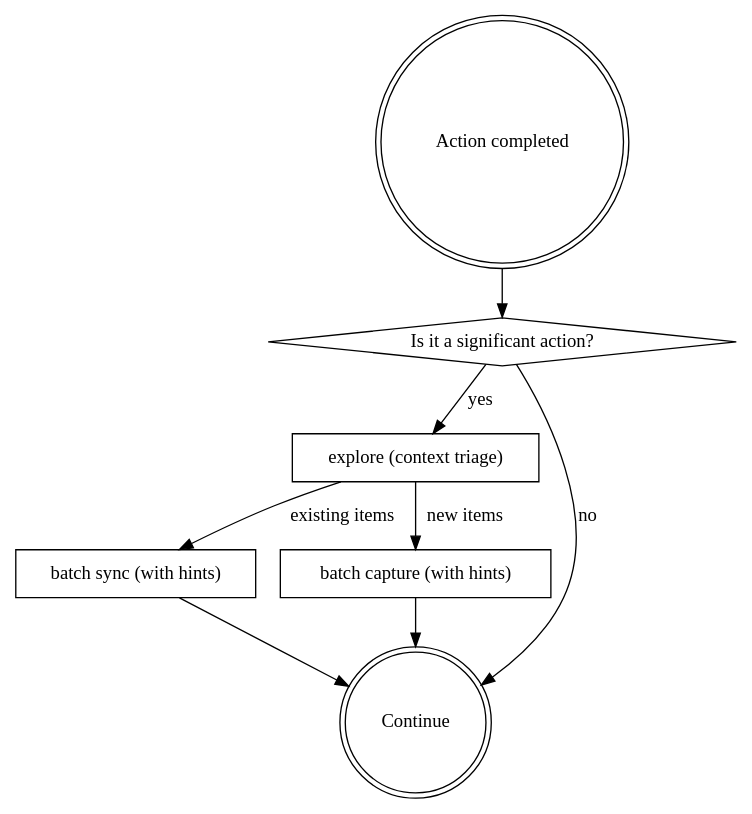
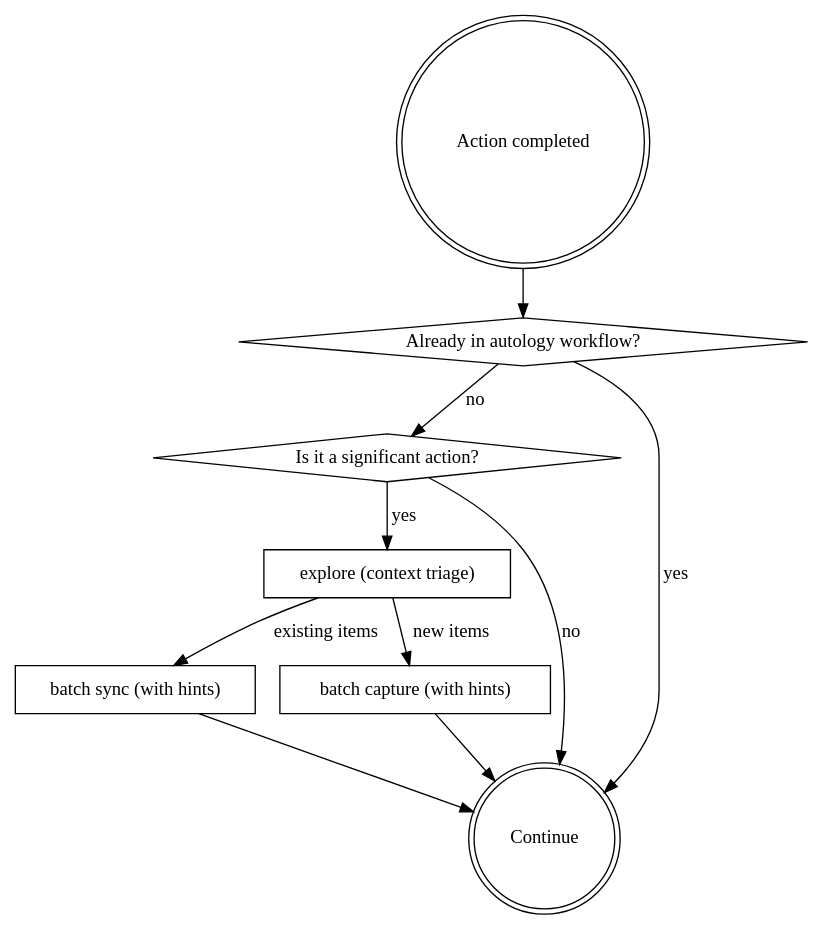
Before and after one commit to Curt-Park/autology: the diagram in skills/router/SKILL.md, drawn with Graphviz. The commit also changed other lines of this file, not shown here.

Commit message:
fix: add router reentry guard

````diff
--- a/skills/router/SKILL.md
+++ b/skills/router/SKILL.md
@@ -38,18 +42,21 @@
 ```dot
 digraph router {
   "Action completed" [shape=doublecircle];
+  "Already in autology workflow?" [shape=diamond];
   "Is it a significant action?" [shape=diamond];
   "explore (context triage)" [shape=box];
   "batch sync (with hints)" [shape=box];
   "batch capture (with hints)" [shape=box];
   "Continue" [shape=doublecircle];
 
-  "Action completed" -> "Is it a significant action?";
+  "Action completed" -> "Already in autology workflow?";
+  "Already in autology workflow?" -> "Continue" [label="yes"];
+  "Already in autology workflow?" -> "Is it a significant action?" [label="no"];
   "Is it a significant action?" -> "explore (context triage)" [label="yes"];
   "Is it a significant action?" -> "Continue" [label="no"];
   "explore (context triage)" -> "batch sync (with hints)" [label="existing items"];
   "explore (context triage)" -> "batch capture (with hints)" [label="new items"];
   "batch sync (with hints)" -> "Continue";
   "batch capture (with hints)" -> "Continue";
 }
 ```
````
